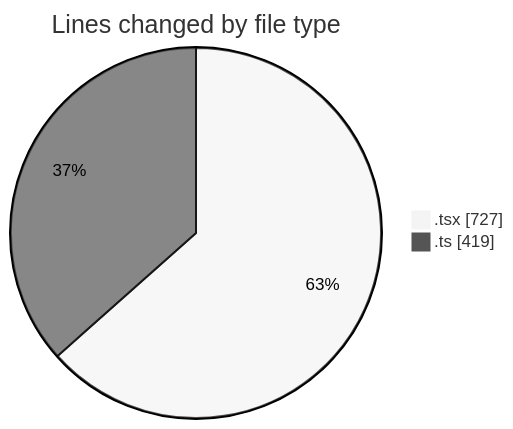
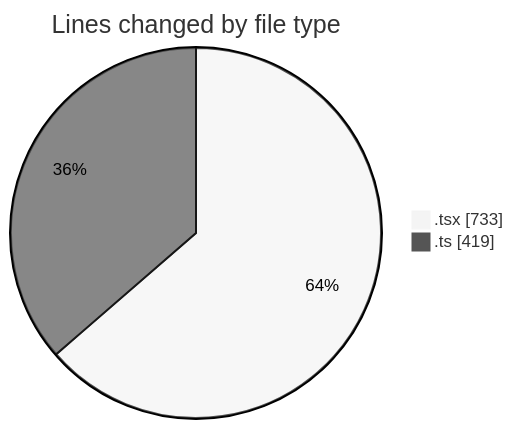
One commit to julien-gomy/code-tracking changed the first of 2 diagrams in 2025-10-16/eventscop-frontend-guide__workspace_/README.md. Above: the diagram before and after it, drawn with Mermaid (neutral theme). The commit also changed other lines of this file and 1 other file, not shown here.

````diff
--- a/2025-10-16/eventscop-frontend-guide__workspace_/README.md
+++ b/2025-10-16/eventscop-frontend-guide__workspace_/README.md
@@ -29,6 +29,6 @@
 ```mermaid
 pie showData
 title Lines changed by file type
-".tsx" : 727
+".tsx" : 733
 ".ts" : 419
 ```
````
